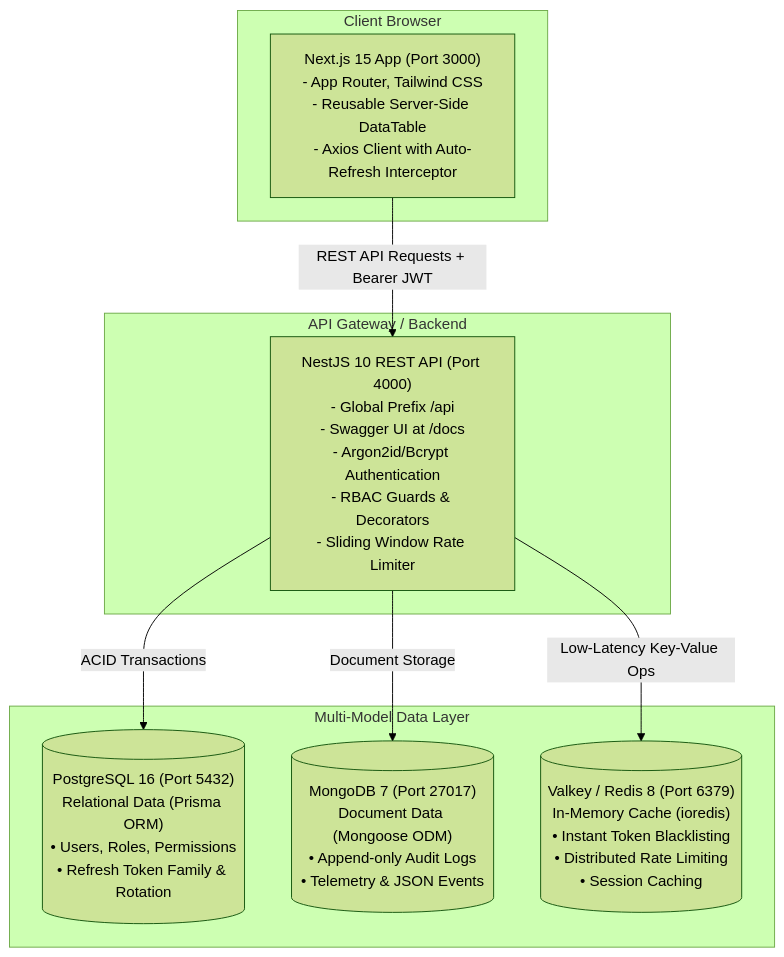
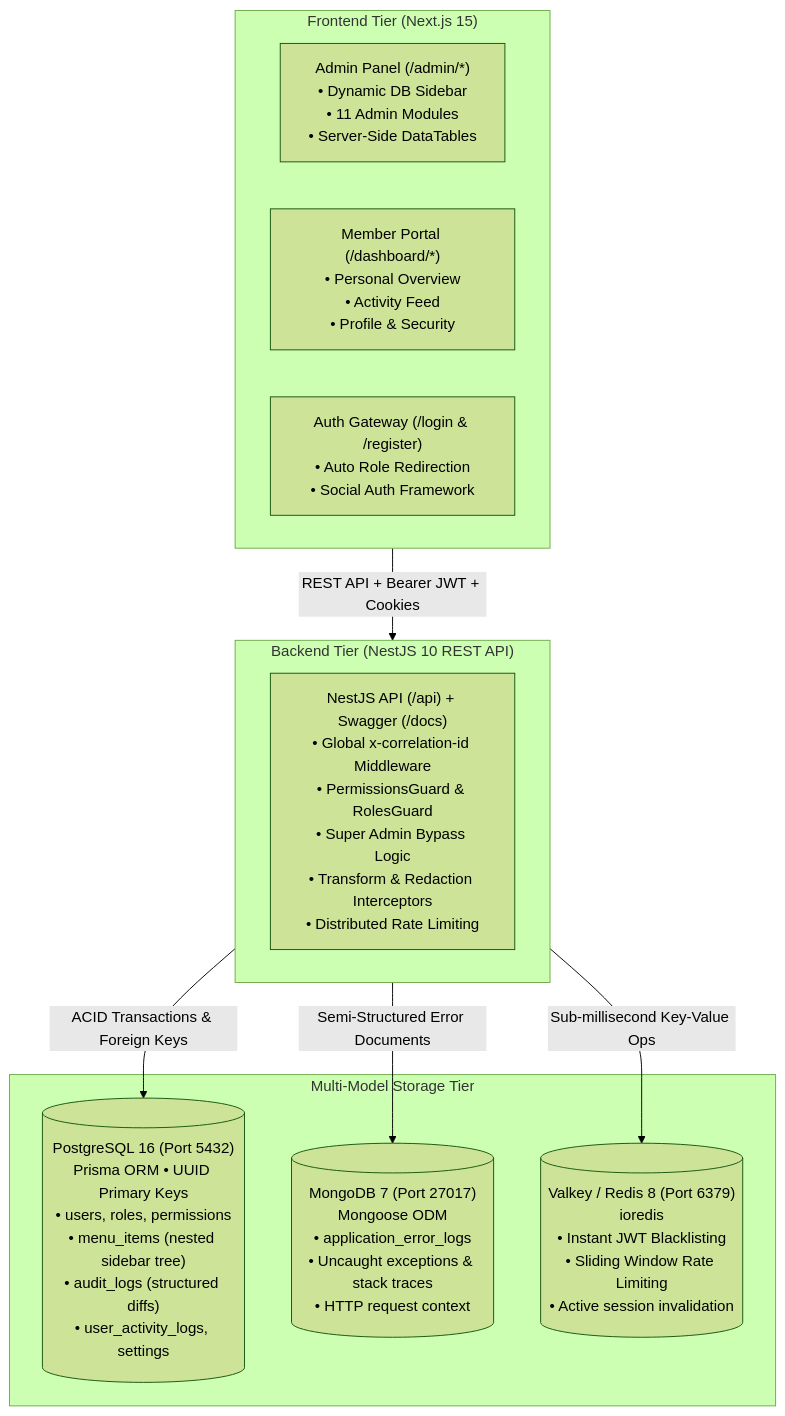
Before and after one commit to frank-and-hub/base-setup: the diagram in README.md, drawn with Mermaid (forest theme). The commit also changed other lines of this file and 97 other files, not shown here.

````diff
--- a/README.md
+++ b/README.md
@@ -9,21 +9,23 @@
 ```mermaid
 flowchart TD
-    subgraph Client ["Client Browser"]
-        NextJS["Next.js 15 App (Port 3000)<br/>- App Router, Tailwind CSS<br/>- Reusable Server-Side DataTable<br/>- Axios Client with Auto-Refresh Interceptor"]
+    subgraph Client ["Frontend Tier (Next.js 15)"]
+        AdminUI["Admin Panel (/admin/*)<br/>• Dynamic DB Sidebar<br/>• 11 Admin Modules<br/>• Server-Side DataTables"]
+        UserUI["Member Portal (/dashboard/*)<br/>• Personal Overview<br/>• Activity Feed<br/>• Profile & Security"]
+        AuthUI["Auth Gateway (/login & /register)<br/>• Auto Role Redirection<br/>• Social Auth Framework"]
     end
 
-    subgraph Gateway ["API Gateway / Backend"]
-        NestJS["NestJS 10 REST API (Port 4000)<br/>- Global Prefix /api<br/>- Swagger UI at /docs<br/>- Argon2id/Bcrypt Authentication<br/>- RBAC Guards & Decorators<br/>- Sliding Window Rate Limiter"]
+    subgraph Gateway ["Backend Tier (NestJS 10 REST API)"]
+        NestCore["NestJS API (/api) + Swagger (/docs)<br/>• Global x-correlation-id Middleware<br/>• PermissionsGuard & RolesGuard<br/>• Super Admin Bypass Logic<br/>• Transform & Redaction Interceptors<br/>• Distributed Rate Limiting"]
     end
 
-    subgraph DataTier ["Multi-Model Data Layer"]
-        PG[("PostgreSQL 16 (Port 5432)<br/>Relational Data (Prisma ORM)<br/>• Users, Roles, Permissions<br/>• Refresh Token Family & Rotation")]
-        Mongo[("MongoDB 7 (Port 27017)<br/>Document Data (Mongoose ODM)<br/>• Append-only Audit Logs<br/>• Telemetry & JSON Events")]
-        Valkey[("Valkey / Redis 8 (Port 6379)<br/>In-Memory Cache (ioredis)<br/>• Instant Token Blacklisting<br/>• Distributed Rate Limiting<br/>• Session Caching")]
+    subgraph DataTier ["Multi-Model Storage Tier"]
+        PG[("PostgreSQL 16 (Port 5432)<br/>Prisma ORM • UUID Primary Keys<br/>• users, roles, permissions<br/>• menu_items (nested sidebar tree)<br/>• audit_logs (structured diffs)<br/>• user_activity_logs, settings")]
+        Mongo[("MongoDB 7 (Port 27017)<br/>Mongoose ODM<br/>• application_error_logs<br/>• Uncaught exceptions & stack traces<br/>• HTTP request context")]
+        Valkey[("Valkey / Redis 8 (Port 6379)<br/>ioredis<br/>• Instant JWT Blacklisting<br/>• Sliding Window Rate Limiting<br/>• Active session invalidation")]
     end
 
-    NextJS -->|REST API Requests + Bearer JWT| NestJS
-    NestJS -->|ACID Transactions| PG
-    NestJS -->|Document Storage| Mongo
-    NestJS -->|Low-Latency Key-Value Ops| Valkey
+    Client -->|REST API + Bearer JWT + Cookies| Gateway
+    Gateway -->|ACID Transactions & Foreign Keys| PG
+    Gateway -->|Semi-Structured Error Documents| Mongo
+    Gateway -->|Sub-millisecond Key-Value Ops| Valkey
 ```
````
